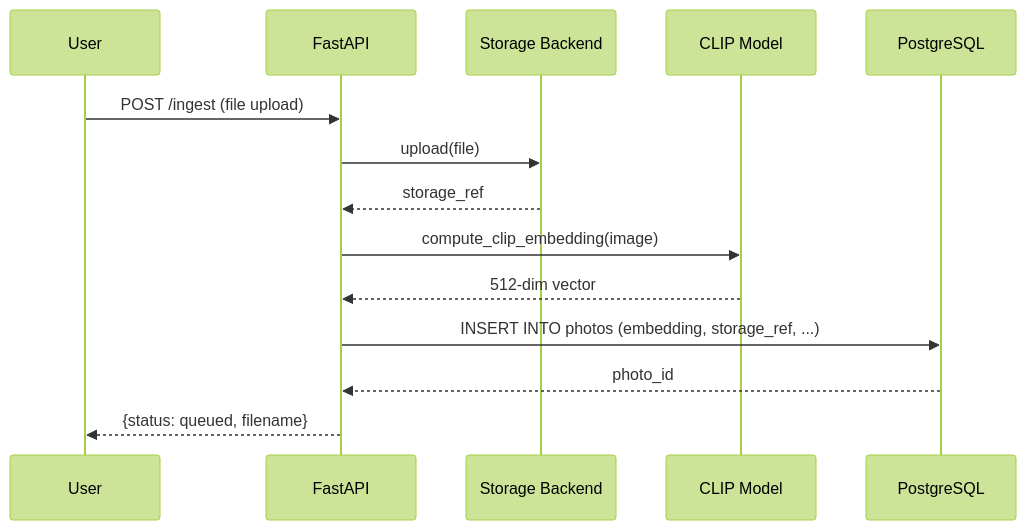
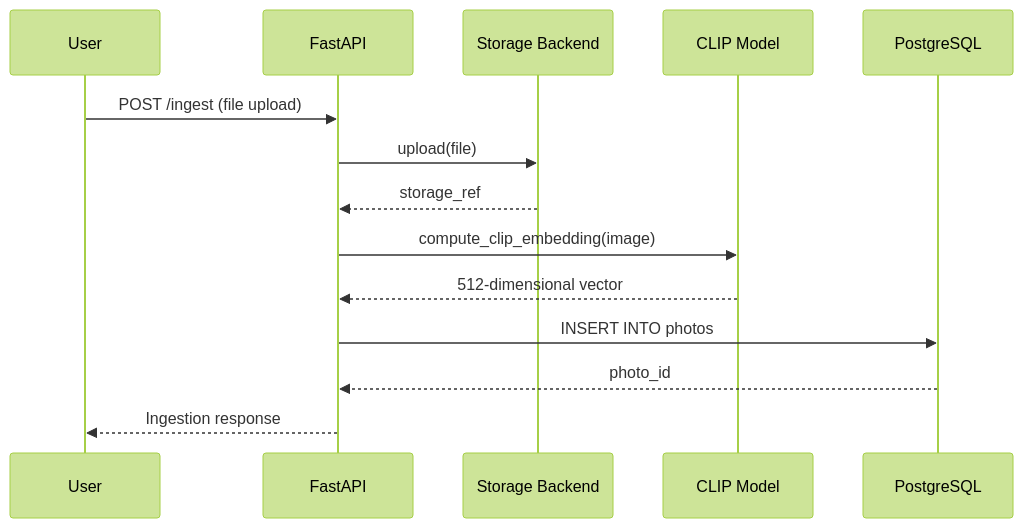
The second of 4 diagrams in architecture.md (bj3795109-ui/ai-photo-management-platform), drawn with Mermaid (forest theme) before and after one commit. The commit also changed other lines of this file, not shown here.

Commit message:
"added some late changes into architecture"

````diff
--- a/architecture.md
+++ b/architecture.md
@@ -81,17 +121,20 @@
 ```mermaid
 sequenceDiagram
     participant U as User
     participant API as FastAPI
     participant S as Storage Backend
     participant E as CLIP Model
     participant DB as PostgreSQL
 
     U->>API: POST /ingest (file upload)
     API->>S: upload(file)
     S-->>API: storage_ref
+
     API->>E: compute_clip_embedding(image)
-    E-->>API: 512-dim vector
-    API->>DB: INSERT INTO photos (embedding, storage_ref, ...)
+    E-->>API: 512-dimensional vector
+
+    API->>DB: INSERT INTO photos
     DB-->>API: photo_id
-    API-->>U: {status: queued, filename}
+
+    API-->>U: Ingestion response
 ```
````
